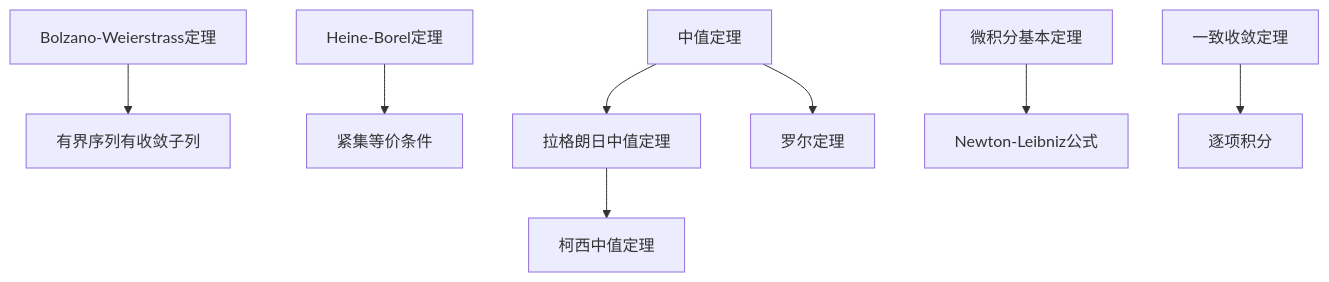
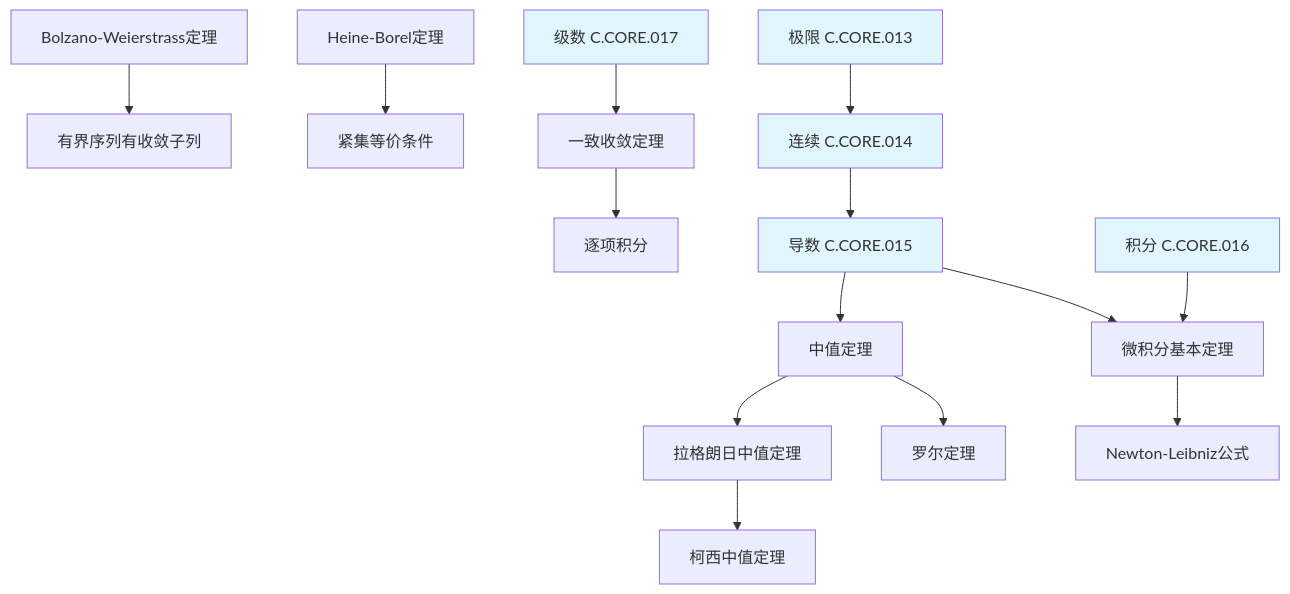
One commit to AdaMartin18010/FormalMath changed the sixth of 15 diagrams in concept/05-知识关联网络/02-定理级关联网络.md. Above: the diagram before and after it, drawn with Mermaid. The commit also changed other lines of this file and 45 other files, not shown here.

````diff
--- a/concept/05-知识关联网络/02-定理级关联网络.md
+++ b/concept/05-知识关联网络/02-定理级关联网络.md
@@ -285,10 +307,22 @@
 ```mermaid
 graph TD
     A[Bolzano-Weierstrass定理] --> B[有界序列有收敛子列]
     C[Heine-Borel定理] --> D[紧集等价条件]
     E[中值定理] --> F[拉格朗日中值定理]
     F --> G[柯西中值定理]
     E --> H[罗尔定理]
     I[微积分基本定理] --> J[Newton-Leibniz公式]
     K[一致收敛定理] --> L[逐项积分]
+    M[极限 C.CORE.013] --> N[连续 C.CORE.014]
+    N --> O[导数 C.CORE.015]
+    O --> E
+    O --> I
+    P[积分 C.CORE.016] --> I
+    Q[级数 C.CORE.017] --> K
+
+    style M fill:#e1f5ff
+    style N fill:#e1f5ff
+    style O fill:#e1f5ff
+    style P fill:#e1f5ff
+    style Q fill:#e1f5ff
 ```
````
